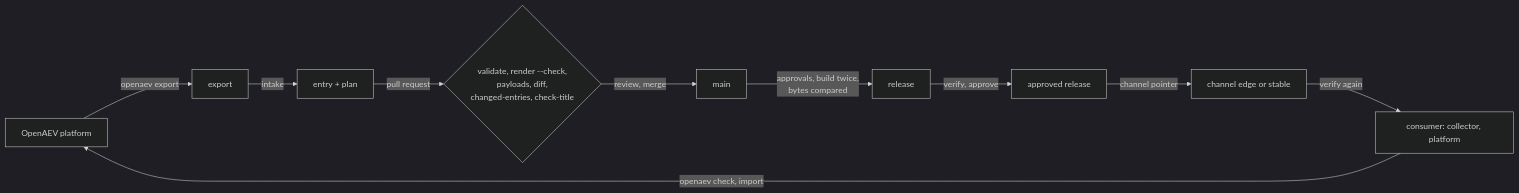
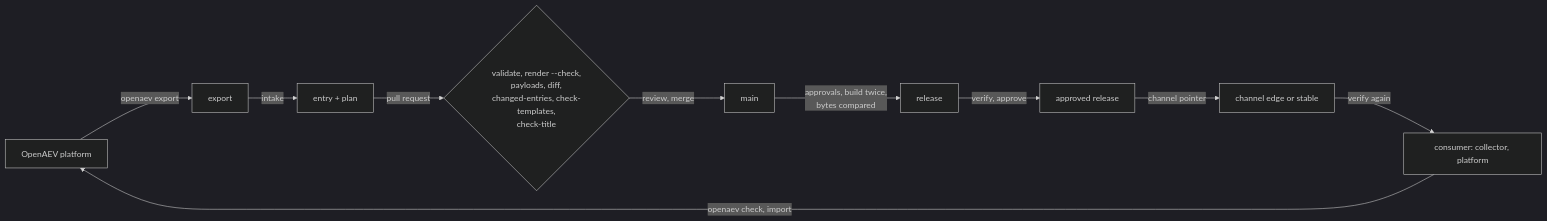
Before and after one commit to OpenAEV-Platform/scenarios: the diagram in docs/architecture.md, drawn with Mermaid (dark theme). The commit also changed 16 other files, not shown here.

````diff
--- a/docs/architecture.md
+++ b/docs/architecture.md
@@ -70,12 +70,12 @@
 ```mermaid
 flowchart LR
   P[OpenAEV platform] -->|openaev export| X[export]
   X -->|intake| E[entry + plan]
-  E -->|pull request| V{validate, render --check,<br/>payloads, diff,<br/>changed-entries, check-title}
+  E -->|pull request| V{validate, render --check,<br/>payloads, diff,<br/>changed-entries, check-templates,<br/>check-title}
   V -->|review, merge| M[main]
   M -->|approvals, build twice,<br/>bytes compared| R[release]
   R -->|verify, approve| A[approved release]
   A -->|channel pointer| C[channel edge or stable]
   C -->|verify again| K[consumer: collector, platform]
   K -->|openaev check, import| P
 ```
````
